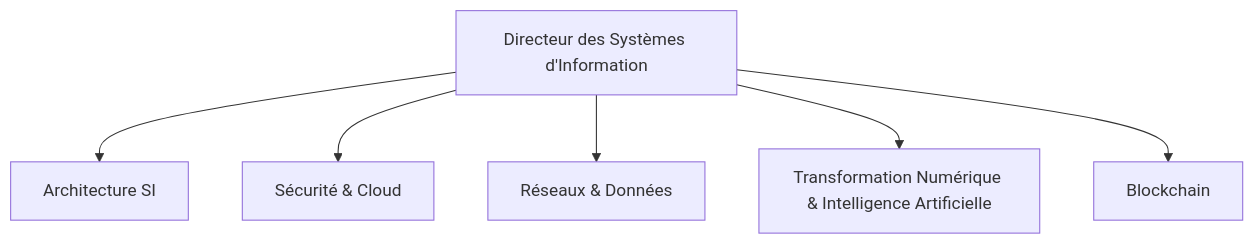
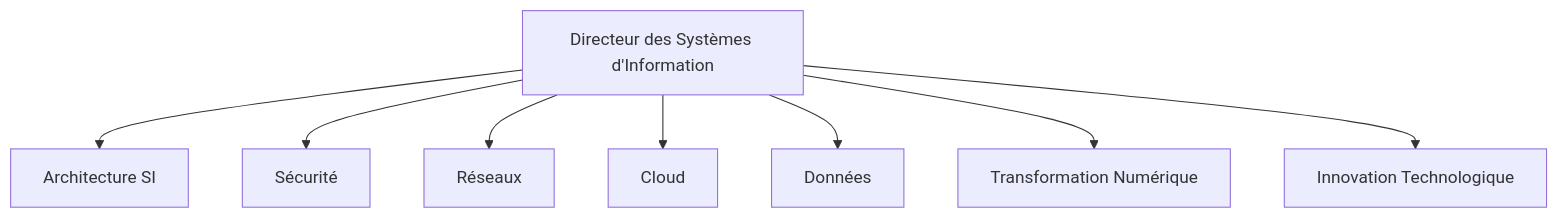
Before and after one commit to sanogotech/preparationCertificationCCNA: the first of 8 diagrams in TestSchema.md, drawn with Mermaid. The commit also changed other lines of this file, not shown here.

````diff
--- a/TestSchema.md
+++ b/TestSchema.md
@@ -5,8 +9,10 @@
 ```mermaid
 graph TD
     A[Directeur des Systèmes d'Information] --> B[Architecture SI]
-    A --> C[Sécurité & Cloud]
-    A --> D[Réseaux & Données]
-    A --> G[Transformation Numérique & Intelligence Artificielle]
-    A --> J[Blockchain]
+    A --> C[Sécurité]
+    A --> D[Réseaux]
+    A --> E[Cloud]
+    A --> F[Données]
+    A --> G[Transformation Numérique]
+    A --> H[Innovation Technologique]
 ```
````
